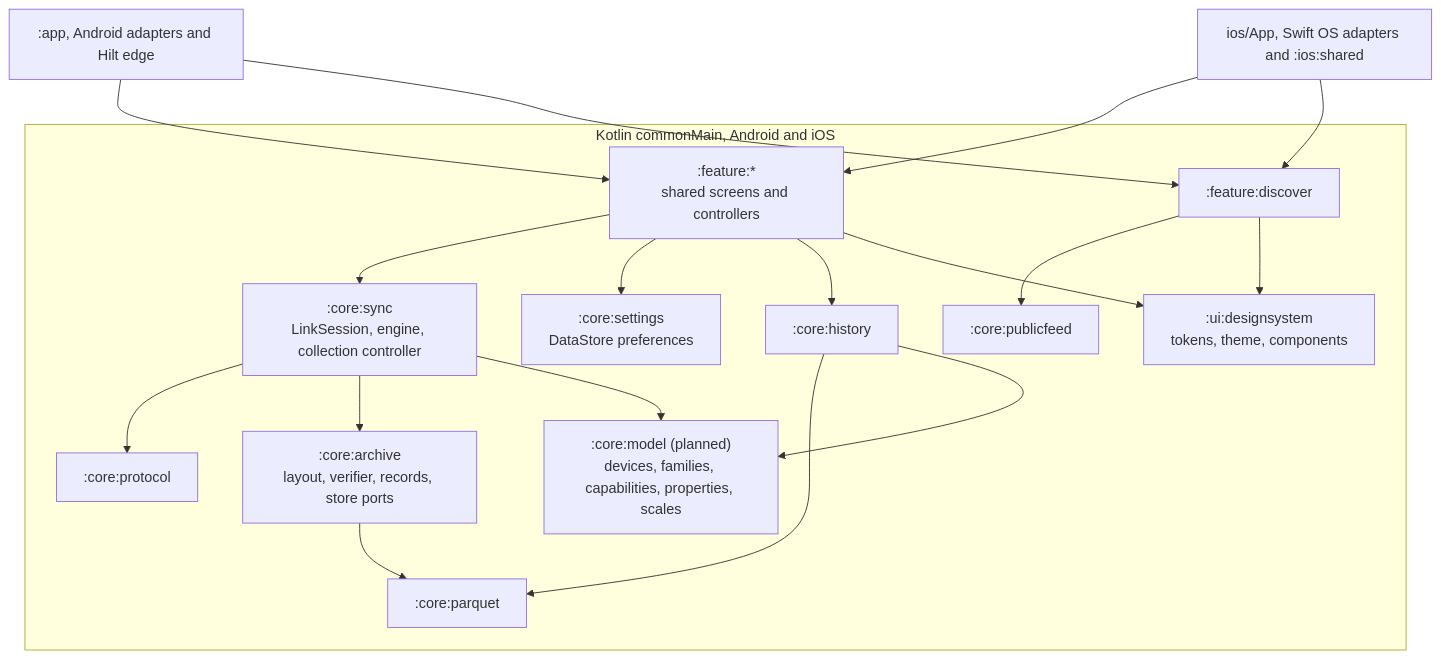
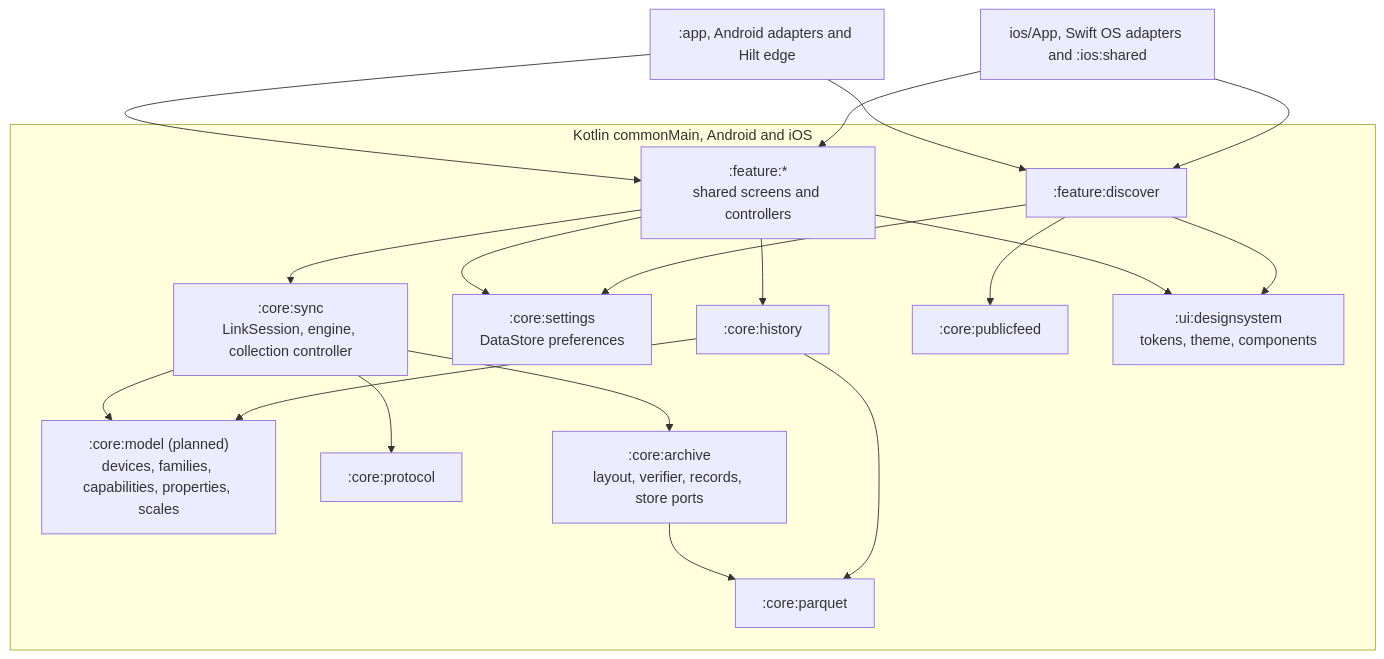
One commit to walkthru-earth/opensensor-space-mobile changed the second of 3 diagrams in docs/architecture.md. Above: the diagram before and after it, drawn with Mermaid. The commit also changed other lines of this file and 14 other files, not shown here.

````diff
--- a/docs/architecture.md
+++ b/docs/architecture.md
@@ -85,25 +86,25 @@
 ```mermaid
 flowchart TB
   subgraph shared["Kotlin commonMain, Android and iOS"]
     MO[":core:model (planned)<br/>devices, families, capabilities, properties, scales"]
     PR2[":core:protocol"]
     SY[":core:sync<br/>LinkSession, engine, collection controller"]
     AR[":core:archive<br/>layout, verifier, records, store ports"]
     ST[":core:settings<br/>DataStore preferences"]
     PQ2[":core:parquet"]
     HI2[":core:history"]
     PF[":core:publicfeed"]
     DS[":ui:designsystem<br/>tokens, theme, components"]
     FE[":feature:*<br/>shared screens and controllers"]
     DI[":feature:discover"]
   end
   APP2[":app, Android adapters and Hilt edge"]
   IOS2["ios/App, Swift OS adapters and :ios:shared"]
   SY --> PR2 & AR & MO
   AR --> PQ2
   HI2 --> PQ2 & MO
   FE --> SY & ST & HI2 & DS
-  DI --> PF & DS
+  DI --> PF & DS & ST
   APP2 --> FE & DI
   IOS2 --> FE & DI
 ```
````
